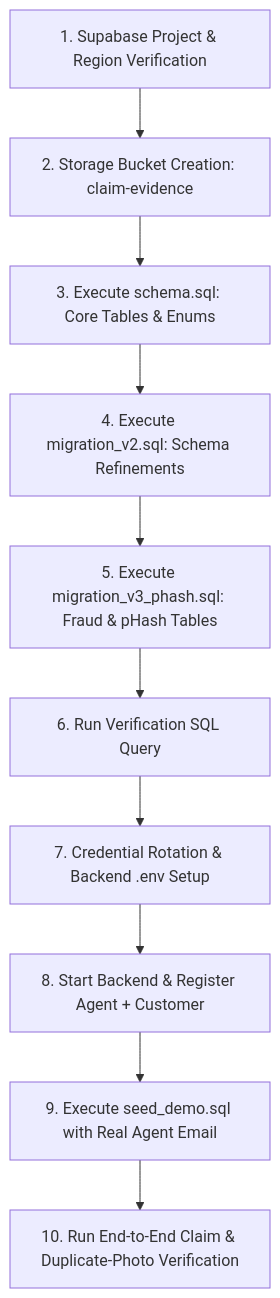
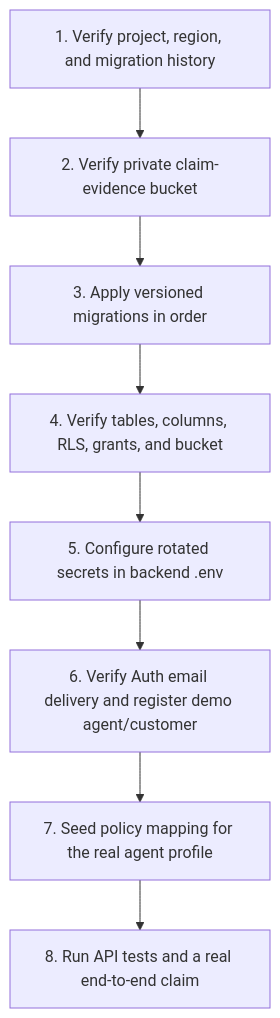
Before and after one commit to Abhiram-Mukkamala/Claimpilot: the diagram in docs/SUPABASE_SETUP_GUIDE.md, drawn with Mermaid. The commit also changed other lines of this file, not shown here.

Commit message:
docs(supabase): document applied migrations and private access

````diff
--- a/docs/SUPABASE_SETUP_GUIDE.md
+++ b/docs/SUPABASE_SETUP_GUIDE.md
@@ -30,12 +30,10 @@
 ```mermaid
 flowchart TD
-    S1[1. Supabase Project & Region Verification] --> S2[2. Storage Bucket Creation: claim-evidence]
-    S2 --> S3[3. Execute schema.sql: Core Tables & Enums]
-    S3 --> S4[4. Execute migration_v2.sql: Schema Refinements]
-    S4 --> S5[5. Execute migration_v3_phash.sql: Fraud & pHash Tables]
-    S5 --> S6[6. Run Verification SQL Query]
-    S6 --> S7[7. Credential Rotation & Backend .env Setup]
-    S7 --> S8[8. Start Backend & Register Agent + Customer]
-    S8 --> S9[9. Execute seed_demo.sql with Real Agent Email]
-    S9 --> S10[10. Run End-to-End Claim & Duplicate-Photo Verification]
+    S1[1. Verify project, region, and migration history] --> S2[2. Verify private claim-evidence bucket]
+    S2 --> S3[3. Apply versioned migrations in order]
+    S3 --> S4[4. Verify tables, columns, RLS, grants, and bucket]
+    S4 --> S5[5. Configure rotated secrets in backend .env]
+    S5 --> S6[6. Verify Auth email delivery and register demo agent/customer]
+    S6 --> S7[7. Seed policy mapping for the real agent profile]
+    S7 --> S8[8. Run API tests and a real end-to-end claim]
 ```
````
